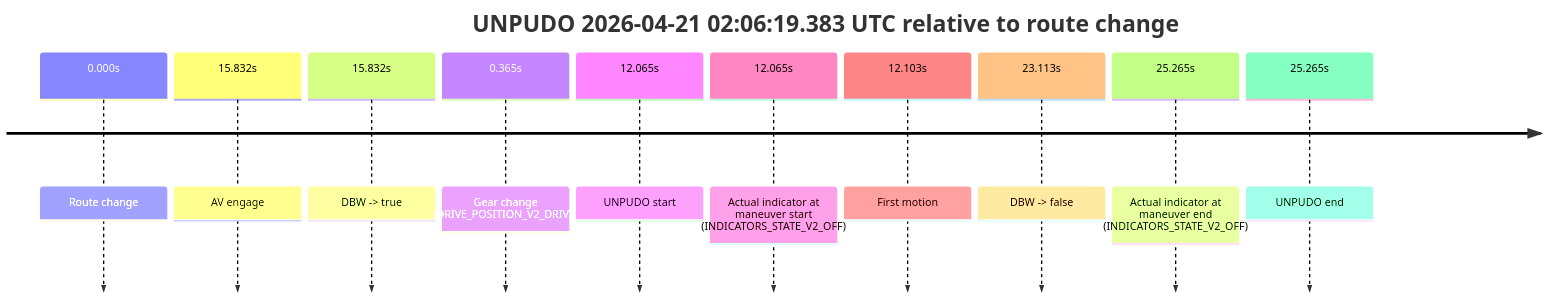
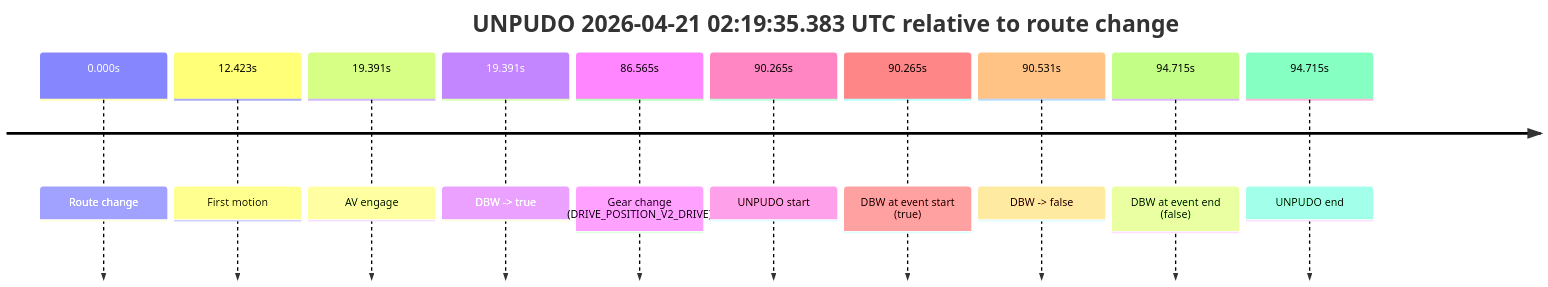
Before and after one commit to yoelshapiro/vault: the first of 2 diagrams in model_analysis/report_cards/2026/04/Week-4/fme10010--2026-04-21--01-56-26--gen2-av-6b80d294-3b4e-4154-9faf-dcb04761709d.md, drawn with Mermaid. The commit also changed other lines of this file and 36 other files, not shown here.

````diff
--- a/model_analysis/report_cards/2026/04/Week-4/fme10010--2026-04-21--01-56-26--gen2-av-6b80d294-3b4e-4154-9faf-dcb04761709d.md
+++ b/model_analysis/report_cards/2026/04/Week-4/fme10010--2026-04-21--01-56-26--gen2-av-6b80d294-3b4e-4154-9faf-dcb04761709d.md
@@ -129,14 +43,14 @@
 ```mermaid
 timeline
-    title UNPUDO 2026-04-21 02:06:19.383 UTC relative to route change
+    title UNPUDO 2026-04-21 02:19:35.383 UTC relative to route change
     0.000s : Route change
-    15.832s : AV engage
-    15.832s : DBW -> true
-    0.365s : Gear change (DRIVE_POSITION_V2_DRIVE)
-    12.065s : UNPUDO start
-    12.065s : Actual indicator at maneuver start (INDICATORS_STATE_V2_OFF)
-    12.103s : First motion
-    23.113s : DBW -> false
-    25.265s : Actual indicator at maneuver end (INDICATORS_STATE_V2_OFF)
-    25.265s : UNPUDO end
+    12.423s : First motion
+    19.391s : AV engage
+    19.391s : DBW -> true
+    86.565s : Gear change (DRIVE_POSITION_V2_DRIVE)
+    90.265s : UNPUDO start
+    90.265s : DBW at event start (true)
+    90.531s : DBW -> false
+    94.715s : DBW at event end (false)
+    94.715s : UNPUDO end
 ```
````
